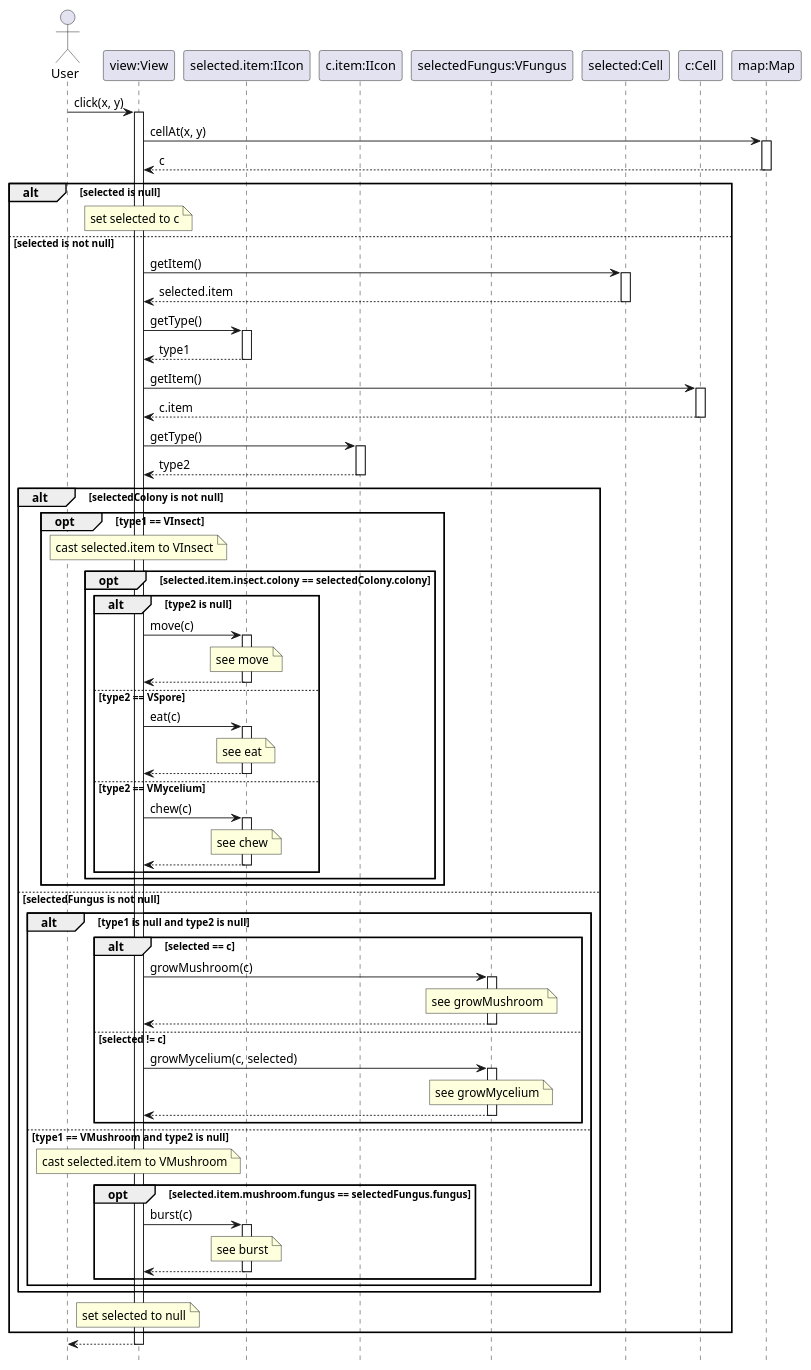
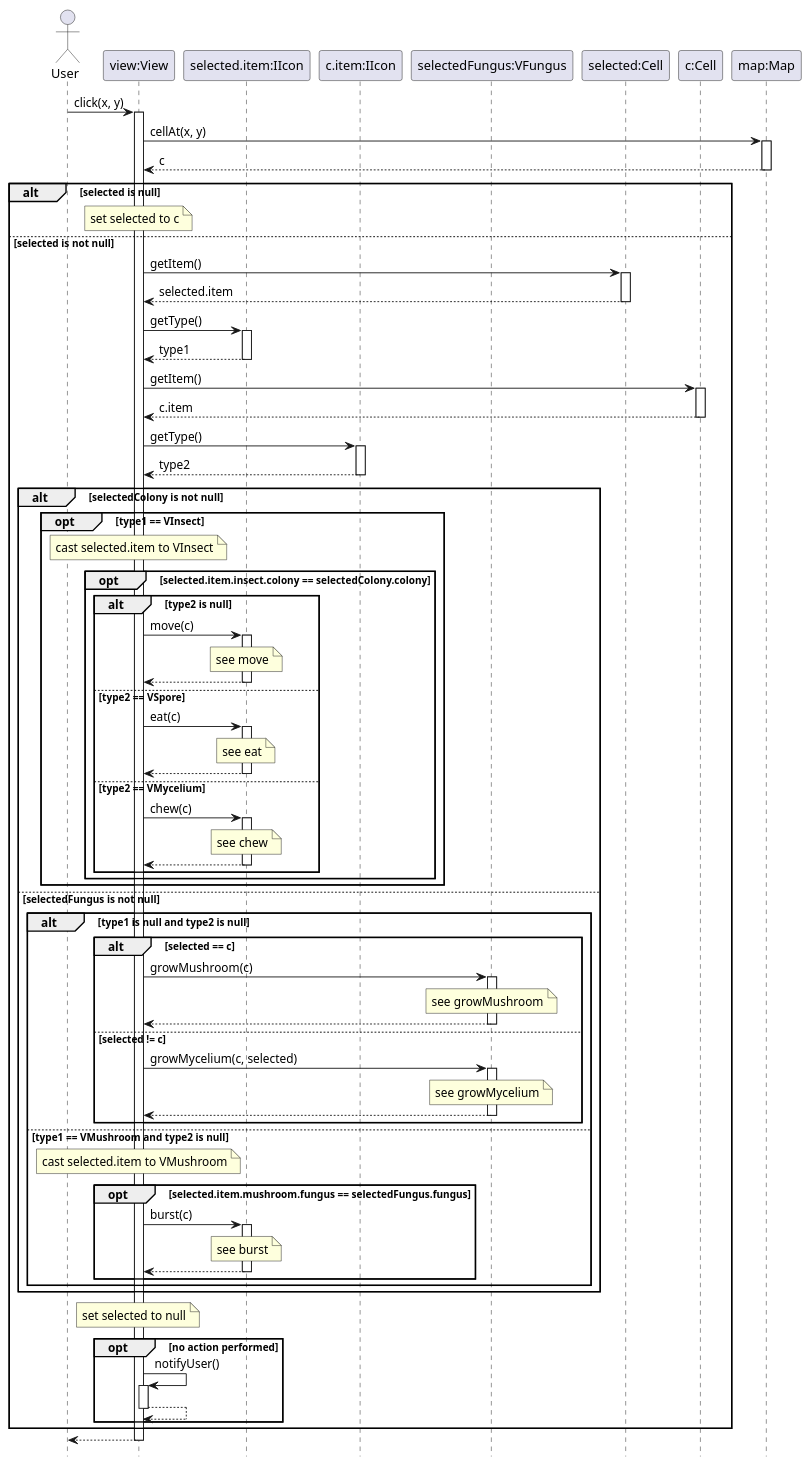
Before and after one commit to ZD4ve/projlab-error521: the diagram in GuiPlan/actions/click.puml, drawn with PlantUML. The commit also changed 7 other files, not shown here.

```diff
--- a/GuiPlan/actions/click.puml
+++ b/GuiPlan/actions/click.puml
@@ -1,86 +1,91 @@
 @startuml click
 hide footbox
 
 
 actor User 
 participant "view:View" as view
 participant "selected.item:IIcon" as selectedItem
 participant "c.item:IIcon" as cItem
 participant "selectedFungus:VFungus" as selectedFungus
 participant "selected:Cell" as selected
 participant "c:Cell" as c
 participant "map:Map" as map
 
 'TODO add notifyUser when nothing happens
 
 'TODO ez a hívás honnan jön?
 User -> view : click(x, y)
 activate view
 view -> map : cellAt(x, y)
 activate map
 return c
 alt selected is null
     note over view : set selected to c
 else selected is not null
     view -> selected : getItem()
     activate selected
     return selected.item
     view -> selectedItem : getType()
     activate selectedItem
     return type1
     view -> c : getItem()
     activate c
     return c.item
     view -> cItem : getType()
     activate cItem
     return type2
     alt selectedColony is not null
         opt type1 == VInsect
             note over view : cast selected.item to VInsect 
             ' itt néhány hívást lespóroltam, de be lehet rakni ha muszáj
             opt selected.item.insect.colony == selectedColony.colony
                 alt type2 is null
                     view -> selectedItem : move(c)
                     activate selectedItem
                     note over selectedItem : see move
                     return
                 else type2 == VSpore
                     view -> selectedItem : eat(c)
                     activate selectedItem
                     note over selectedItem : see eat
                     return
                 else type2 == VMycelium
                     view -> selectedItem : chew(c)
                     activate selectedItem
                     note over selectedItem : see chew
                     return
                 end
             end
         end
     else selectedFungus is not null
         alt type1 is null and type2 is null
             alt selected == c
                 view -> selectedFungus : growMushroom(c)
                 activate selectedFungus
                 note over selectedFungus : see growMushroom
                 return
             else selected != c
                 view -> selectedFungus : growMycelium(c, selected)
                 activate selectedFungus
                 note over selectedFungus : see growMycelium
                 return
             end
         else type1 == VMushroom and type2 is null
             note over view : cast selected.item to VMushroom
             opt selected.item.mushroom.fungus == selectedFungus.fungus
                 view -> selectedItem : burst(c)
                 activate selectedItem
                 note over selectedItem : see burst
                 return
             end
         end
     end
     note over view : set selected to null
+    opt no action performed
+        view -> view : notifyUser()
+        activate view
+        return
+    end
 end
 return
 @enduml
```
